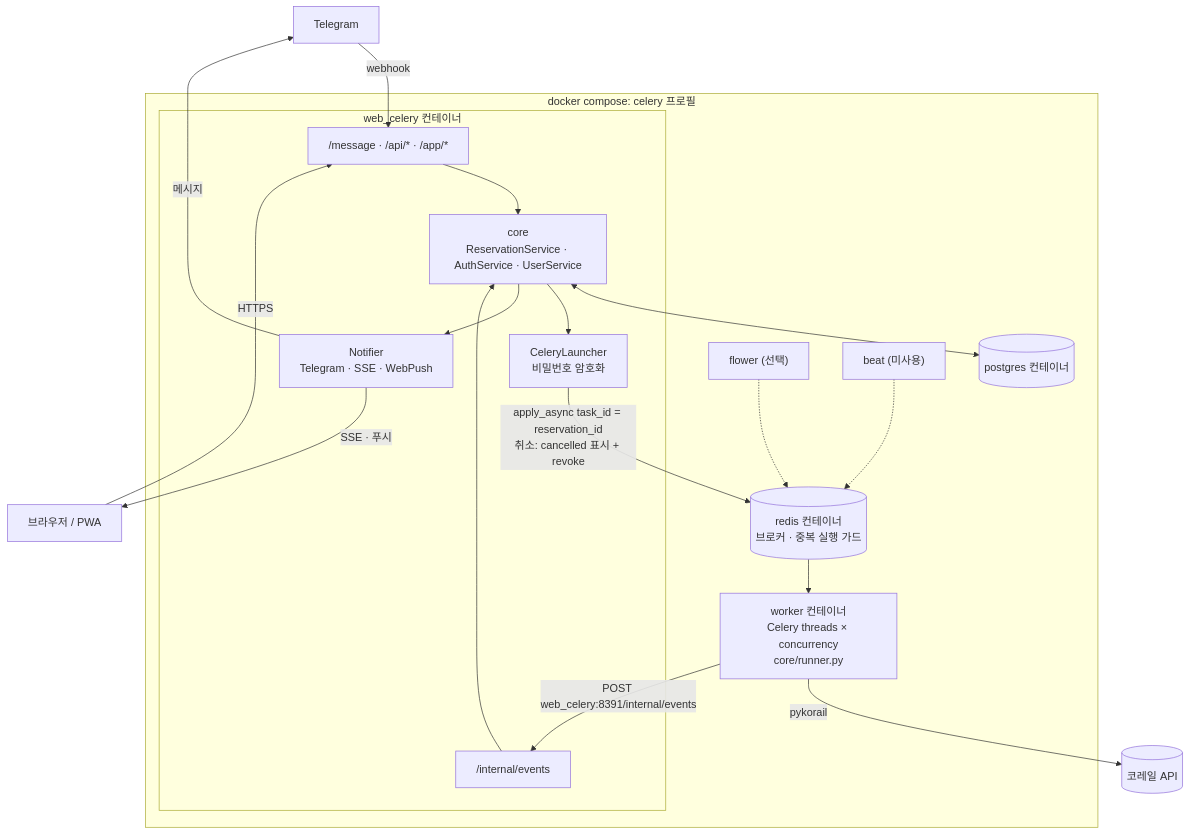
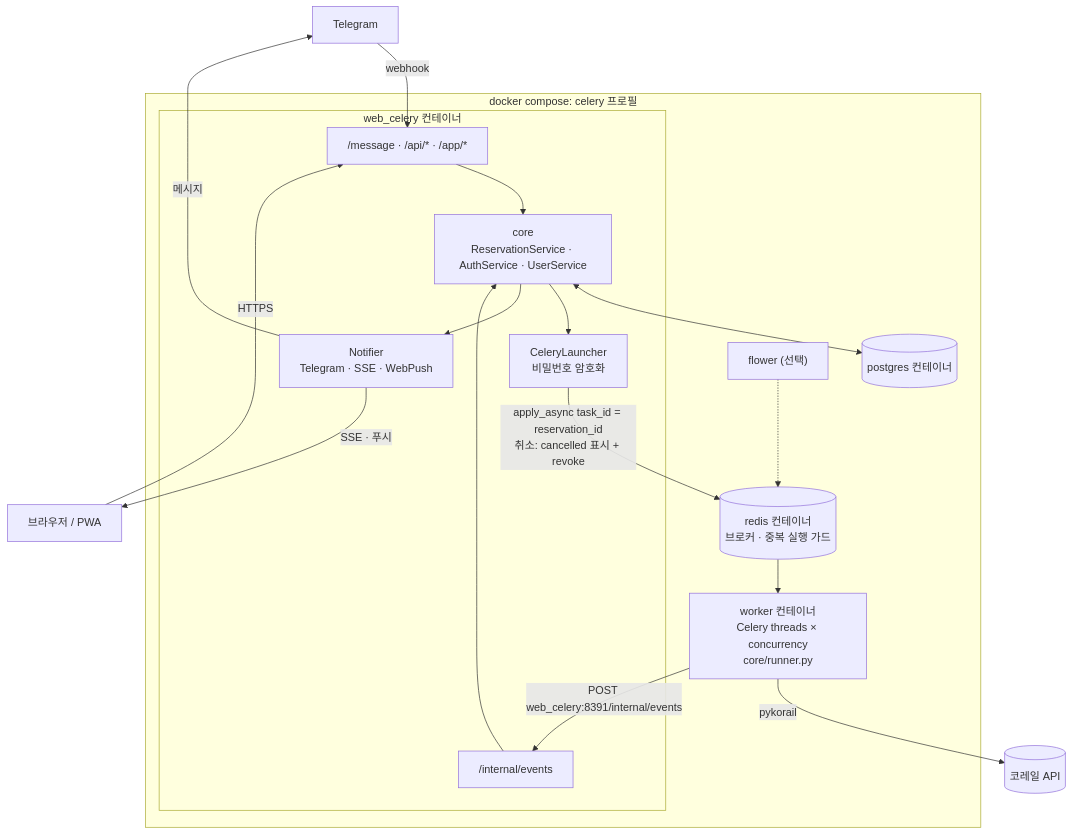
Before and after one commit to raonsol/korail_telegrambot: the second of 2 diagrams in docs/capacity-review.md, drawn with Mermaid. The commit also changed 2 other files, not shown here.

Commit message:
chore: 사용하지 않는 Celery beat 서비스 제거
주기 작업(beat_schedule)이 없고 정리 작업은 웹 서버 안에서 실행되므로 beat는 자원만 차지했다.
기존 beat 컨테이너는 make docker-compose-up-mq(--remove-orphans)가 정리한다.

Claude-Session: https://claude.ai/code/session_01A5HwKV4moDcpGDaY9Wx6eC

````diff
--- a/docs/capacity-review.md
+++ b/docs/capacity-review.md
@@ -195,38 +195,36 @@
 ```mermaid
 flowchart TB
     TG["Telegram"]
     PWA["브라우저 / PWA"]
 
     subgraph COMPOSE["docker compose: celery 프로필"]
         subgraph WEBC["web_celery 컨테이너"]
             IN["/message · /api/* · /app/*"]
             CORE["core<br/>ReservationService · AuthService · UserService"]
             CL["CeleryLauncher<br/>비밀번호 암호화"]
             INT["/internal/events"]
             NOTI["Notifier<br/>Telegram · SSE · WebPush"]
         end
         PG[("postgres 컨테이너")]
         REDIS[("redis 컨테이너<br/>브로커 · 중복 실행 가드")]
         WK["worker 컨테이너<br/>Celery threads × concurrency<br/>core/runner.py"]
         FLOWER["flower (선택)"]
-        BEAT["beat (미사용)"]
     end
 
     KORAIL[("코레일 API")]
 
     TG -- "webhook" --> IN
     PWA -- "HTTPS" --> IN
     IN --> CORE
     CORE <--> PG
     CORE --> CL
     CL -- "apply_async task_id = reservation_id<br/>취소: cancelled 표시 + revoke" --> REDIS
     REDIS --> WK
     WK -- "pykorail" --> KORAIL
     WK -- "POST web_celery:8391/internal/events" --> INT
     INT --> CORE
     CORE --> NOTI
     NOTI -- "메시지" --> TG
     NOTI -- "SSE · 푸시" --> PWA
     FLOWER -.-> REDIS
-    BEAT -.-> REDIS
 ```
````
